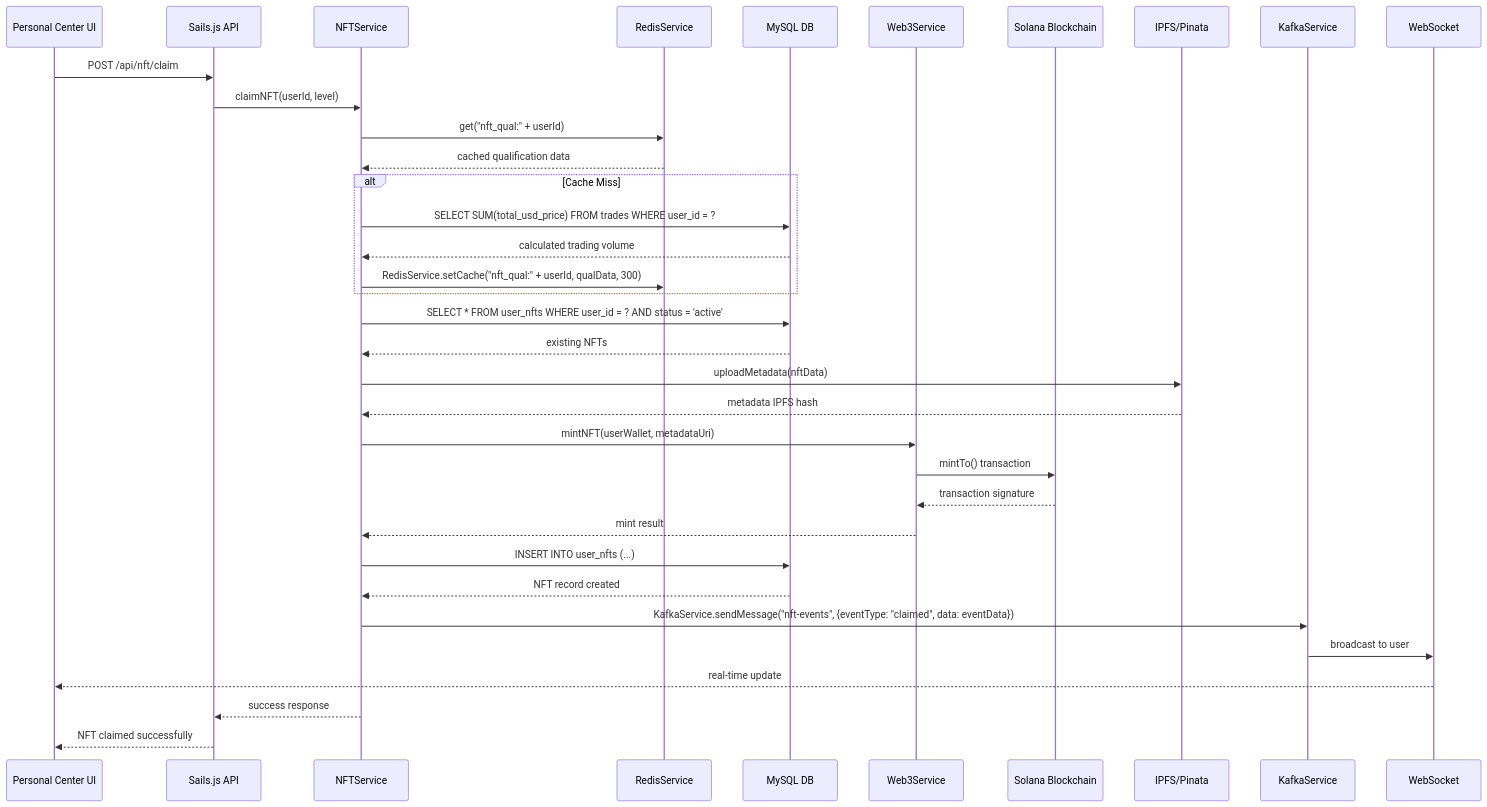
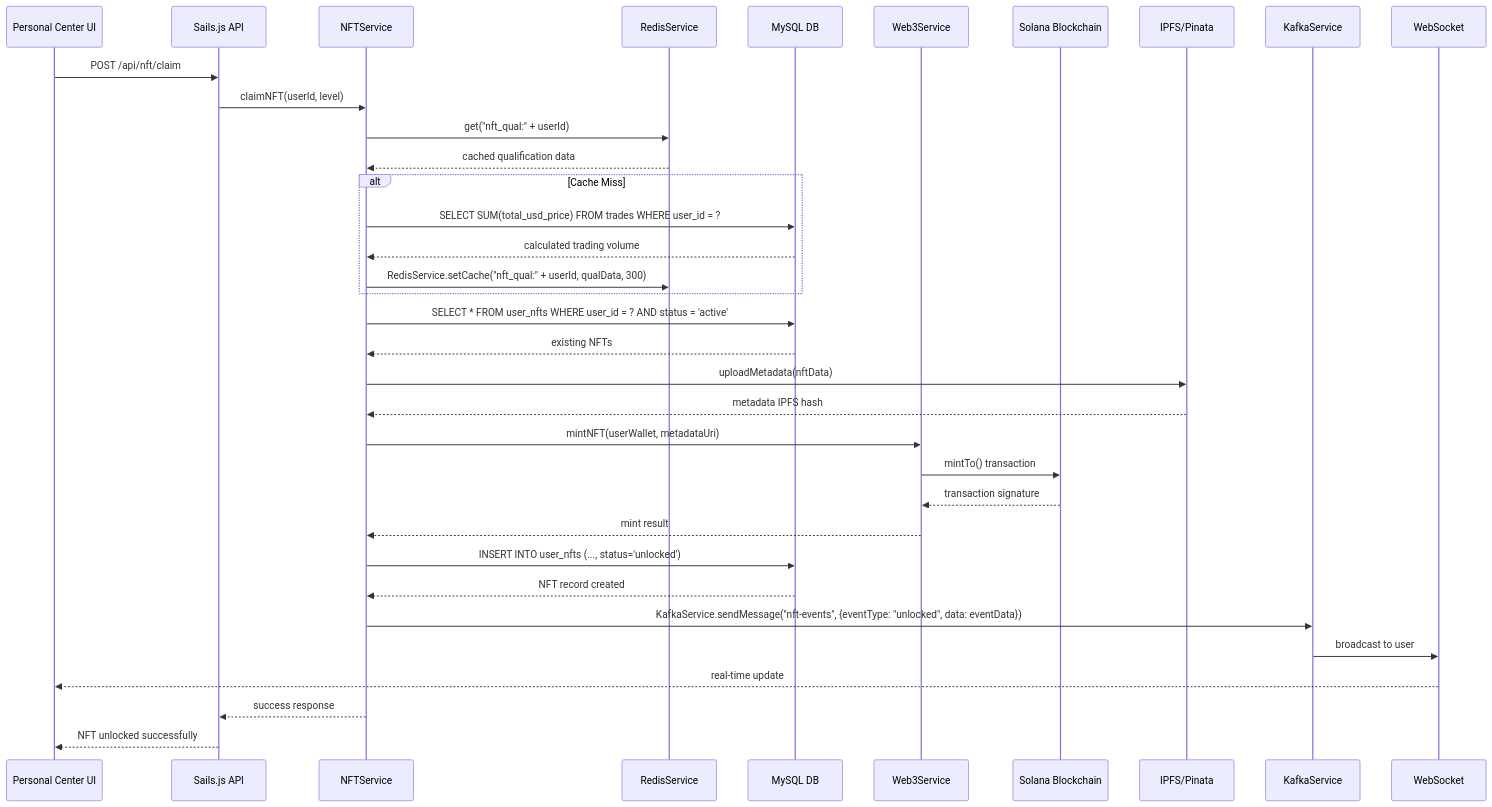
One commit to ljg-cqu/aiw3-nft-solana changed the second of 6 diagrams in docs/AIW3-NFT-System-Design.md. Above: the diagram before and after it, drawn with Mermaid. The commit also changed other lines of this file, not shown here.

Commit message:
docs: split NFT claiming into separate unlock and activation flows

````diff
--- a/docs/AIW3-NFT-System-Design.md
+++ b/docs/AIW3-NFT-System-Design.md
@@ -181,53 +185,53 @@
 ```mermaid
 sequenceDiagram
     participant UI as Personal Center UI
     participant API as Sails.js API
     participant NFT as NFTService
     participant REDIS as RedisService
     participant MYSQL as MySQL DB
     participant WEB3 as Web3Service
     participant SOLANA as Solana Blockchain
     participant IPFS as IPFS/Pinata
     participant KAFKA as KafkaService
     participant WS as WebSocket
-    
+
     UI->>API: POST /api/nft/claim
     API->>NFT: claimNFT(userId, level)
-    
+
     %% Check qualification from cache first
     NFT->>REDIS: get("nft_qual:" + userId)
     REDIS-->>NFT: cached qualification data
-    
+
     %% If not cached, calculate from Trades model
     alt Cache Miss
         NFT->>MYSQL: SELECT SUM(total_usd_price) FROM trades WHERE user_id = ?
         MYSQL-->>NFT: calculated trading volume
         NFT->>REDIS: RedisService.setCache("nft_qual:" + userId, qualData, 300)
     end
-    
+
     %% Check existing NFTs
     NFT->>MYSQL: SELECT * FROM user_nfts WHERE user_id = ? AND status = 'active'
     MYSQL-->>NFT: existing NFTs
-    
+
     %% Upload metadata to IPFS
     NFT->>IPFS: uploadMetadata(nftData)
     IPFS-->>NFT: metadata IPFS hash
-    
+
     %% Mint NFT on Solana
     NFT->>WEB3: mintNFT(userWallet, metadataUri)
     WEB3->>SOLANA: mintTo() transaction
     SOLANA-->>WEB3: transaction signature
     WEB3-->>NFT: mint result
-    
-    %% Store in database
-    NFT->>MYSQL: INSERT INTO user_nfts (...)
+
+    %% Store in database with 'unlocked' status
+    NFT->>MYSQL: INSERT INTO user_nfts (..., status='unlocked')
     MYSQL-->>NFT: NFT record created
-    
+
     %% Publish event
-    NFT->>KAFKA: KafkaService.sendMessage("nft-events", {eventType: "claimed", data: eventData})
+    NFT->>KAFKA: KafkaService.sendMessage("nft-events", {eventType: "unlocked", data: eventData})
     KAFKA->>WS: broadcast to user
     WS-->>UI: real-time update
-    
+
     NFT-->>API: success response
-    API-->>UI: NFT claimed successfully
+    API-->>UI: NFT unlocked successfully
 ```
````
